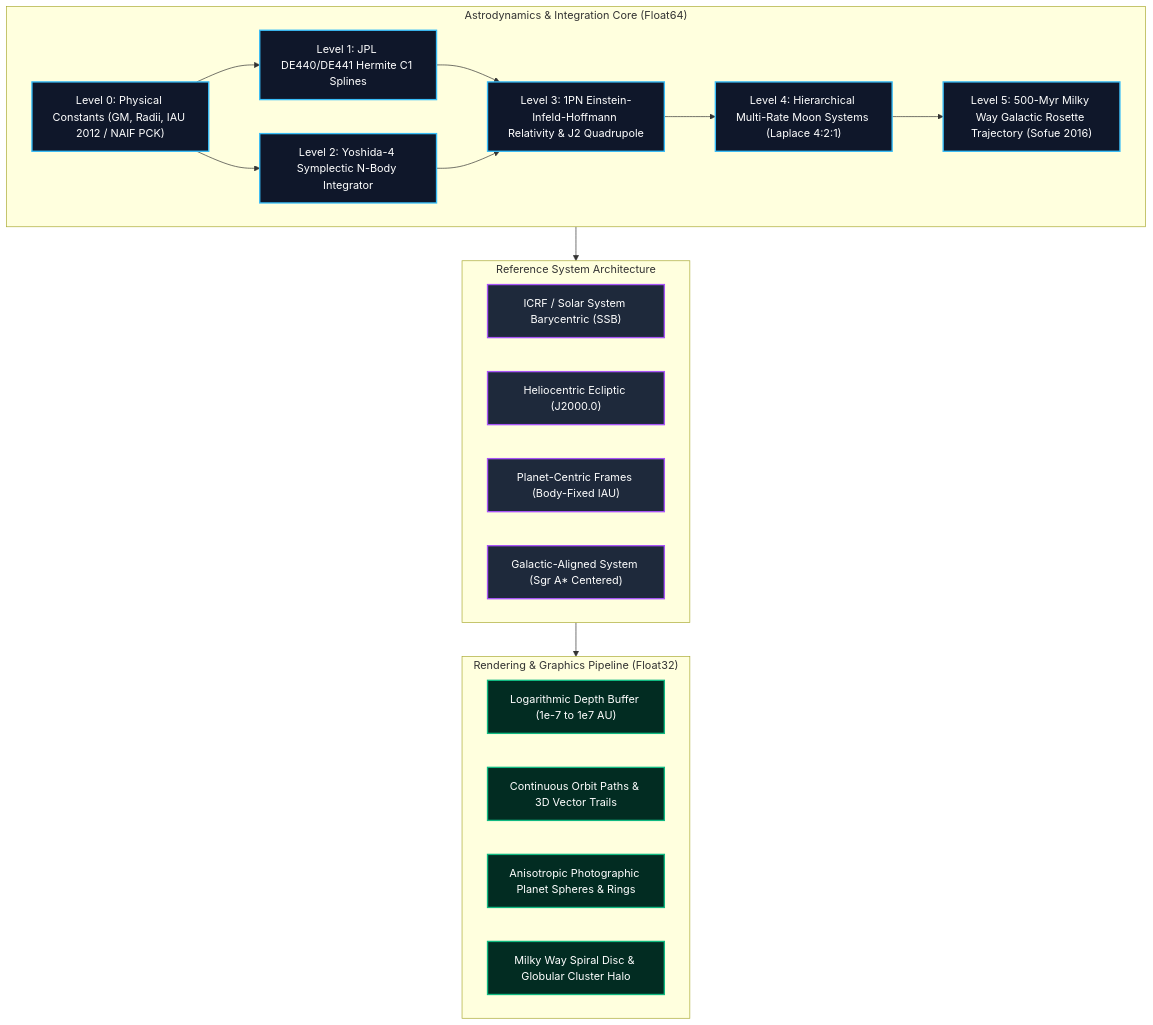
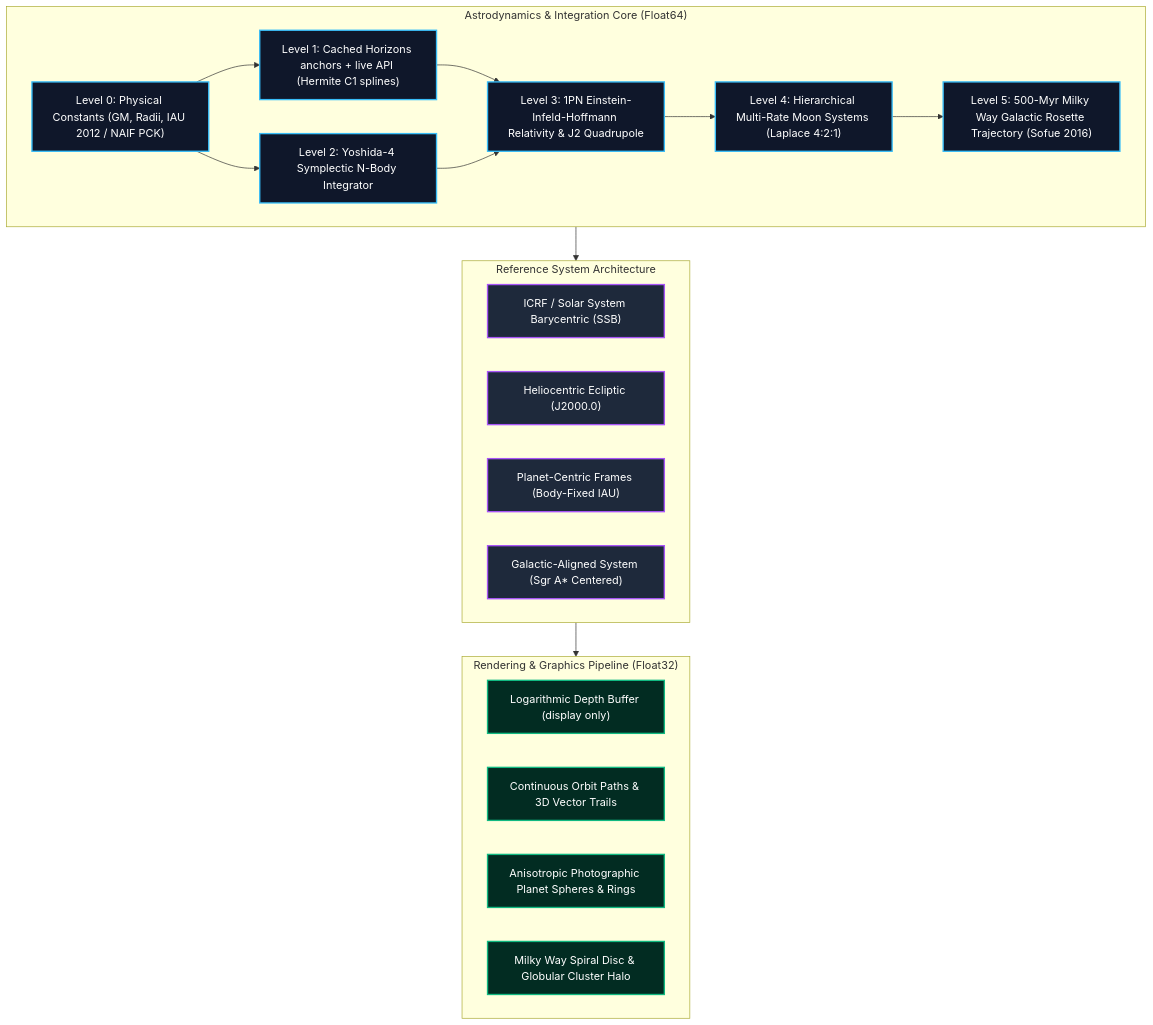
The diagram in README.md (Destroyer-official/ASTRION), drawn with Mermaid before and after one commit. The commit also changed other lines of this file and 4 other files, not shown here.

````diff
--- a/README.md
+++ b/README.md
@@ -36,34 +70,34 @@
 ```mermaid
 graph TD
     classDef truth fill:#0f172a,stroke:#38bdf8,stroke-width:2px,color:#fff;
     classDef frame fill:#1e293b,stroke:#a855f7,stroke-width:2px,color:#fff;
     classDef render fill:#022c22,stroke:#10b981,stroke-width:2px,color:#fff;
 
     subgraph AstrodynamicsEngine["Astrodynamics & Integration Core (Float64)"]
         L0["Level 0: Physical Constants (GM, Radii, IAU 2012 / NAIF PCK)"]:::truth
-        L1["Level 1: JPL DE440/DE441 Hermite C1 Splines"]:::truth
+        L1["Level 1: Cached Horizons anchors + live API (Hermite C1 splines)"]:::truth
         L2["Level 2: Yoshida-4 Symplectic N-Body Integrator"]:::truth
         L3["Level 3: 1PN Einstein-Infeld-Hoffmann Relativity & J2 Quadrupole"]:::truth
         L4["Level 4: Hierarchical Multi-Rate Moon Systems (Laplace 4:2:1)"]:::truth
         L5["Level 5: 500-Myr Milky Way Galactic Rosette Trajectory (Sofue 2016)"]:::truth
     end
 
     subgraph CoordinateTransformations["Reference System Architecture"]
         F1["ICRF / Solar System Barycentric (SSB)"]:::frame
         F2["Heliocentric Ecliptic (J2000.0)"]:::frame
         F3["Planet-Centric Frames (Body-Fixed IAU)"]:::frame
         F4["Galactic-Aligned System (Sgr A* Centered)"]:::frame
     end
 
     subgraph VisualProjection["Rendering & Graphics Pipeline (Float32)"]
-        R1["Logarithmic Depth Buffer (1e-7 to 1e7 AU)"]:::render
+        R1["Logarithmic Depth Buffer (display only)"]:::render
         R2["Continuous Orbit Paths & 3D Vector Trails"]:::render
         R3["Anisotropic Photographic Planet Spheres & Rings"]:::render
         R4["Milky Way Spiral Disc & Globular Cluster Halo"]:::render
     end
 
     L0 --> L1 & L2
     L1 & L2 --> L3 --> L4 --> L5
     AstrodynamicsEngine --> CoordinateTransformations
     CoordinateTransformations --> VisualProjection
 ```
````
